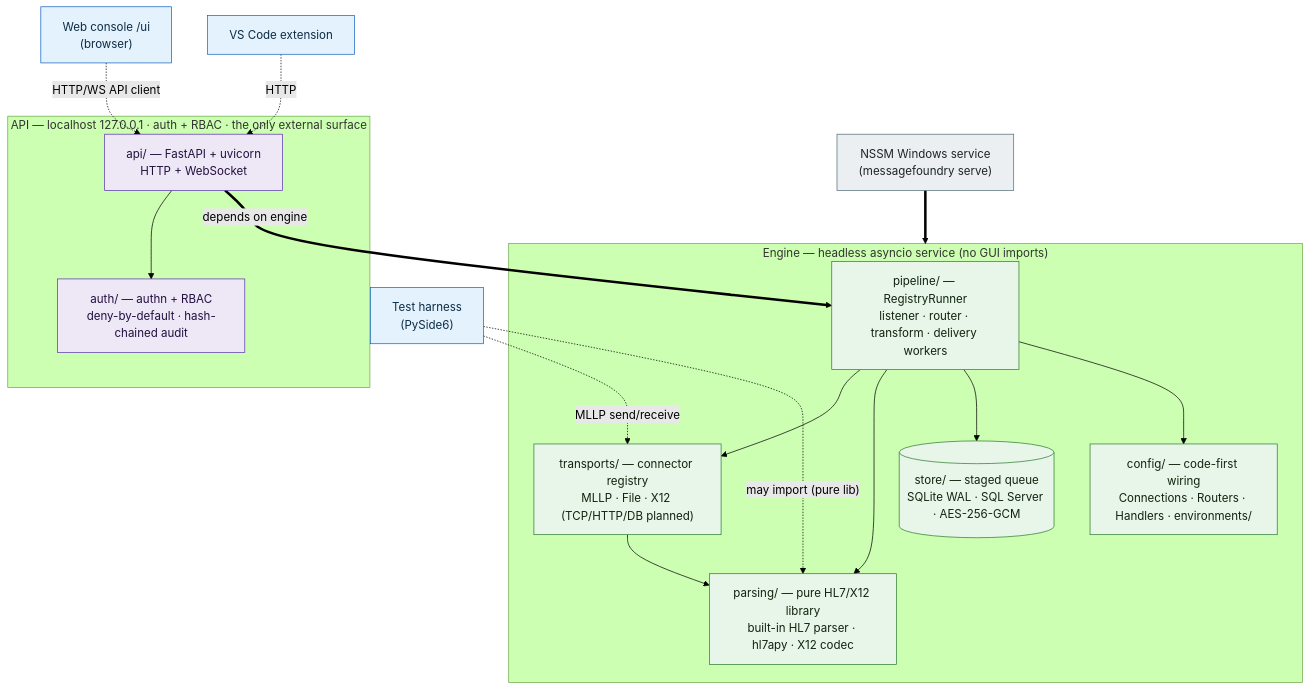
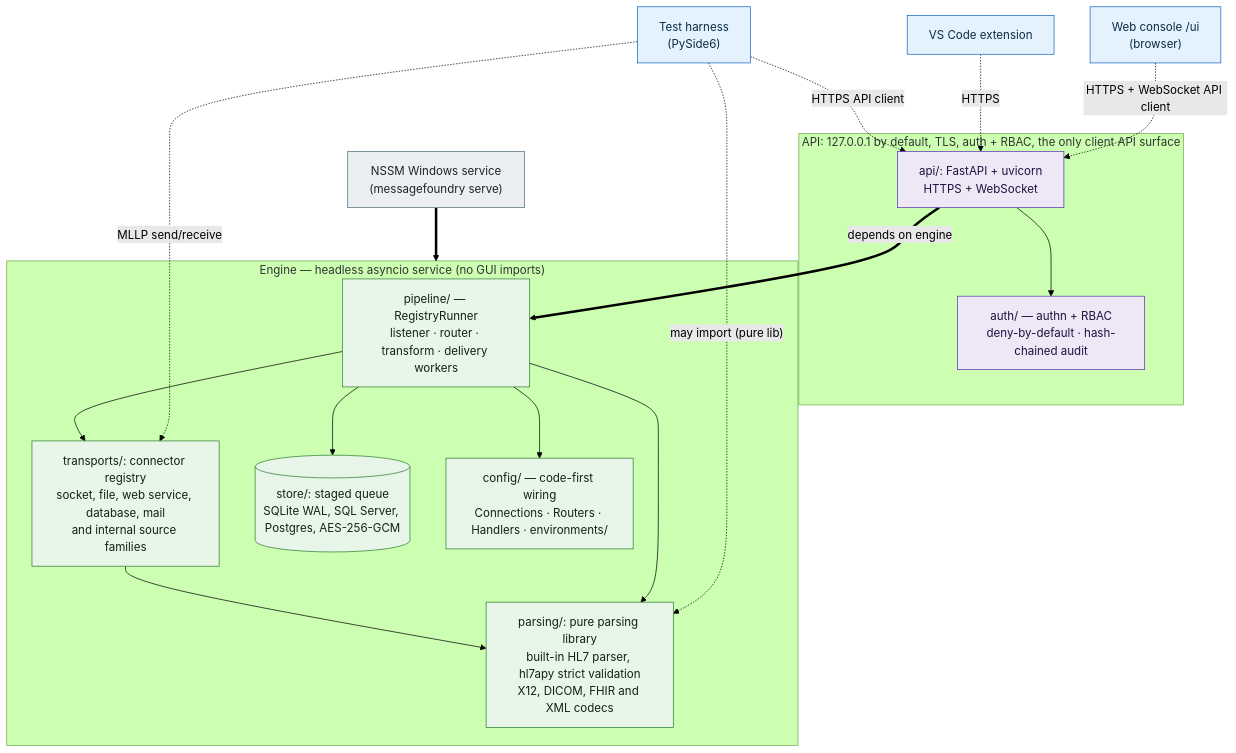
The second of 7 diagrams in docs/architecture-diagram.md (MEFORORG/MessageFoundry), drawn with Mermaid (forest theme) before and after one commit. The commit also changed other lines of this file and 12 other files, not shown here.

First line of the commit message:
docs: architecture diagrams get one home each, checked labels, a drift test, and two lifecycle diagrams (architecture diagrams, batch A; rows pending) (#1917)

````diff
--- a/docs/architecture-diagram.md
+++ b/docs/architecture-diagram.md
@@ -128,42 +177,43 @@
 ```mermaid
 flowchart TB
   classDef client fill:#e3f2fd,stroke:#1565c0,color:#0d2b45;
   classDef api fill:#ede7f6,stroke:#5e35b1,color:#22103f;
   classDef engine fill:#e8f5e9,stroke:#2e7d32,color:#10240f;
   classDef deploy fill:#eceff1,stroke:#546e7a,color:#1c2429;
 
   CON["Web console /ui<br/>(browser)"]:::client
   IDE["VS Code extension"]:::client
   HARNESS["Test harness<br/>(PySide6)"]:::client
 
-  subgraph API_BND["API — localhost 127.0.0.1 · auth + RBAC · the only external surface"]
-    API["api/ — FastAPI + uvicorn<br/>HTTP + WebSocket"]:::api
+  subgraph API_BND["API: 127.0.0.1 by default, TLS, auth + RBAC, the only client API surface"]
+    API["api/: FastAPI + uvicorn<br/>HTTPS + WebSocket"]:::api
     AUTH["auth/ — authn + RBAC<br/>deny-by-default · hash-chained audit"]:::api
   end
 
   subgraph ENGINE["Engine — headless asyncio service (no GUI imports)"]
     PIPE["pipeline/ — RegistryRunner<br/>listener · router · transform · delivery workers"]:::engine
-    TRANS["transports/ — connector registry<br/>MLLP · File · X12 (TCP/HTTP/DB planned)"]:::engine
-    PARSE["parsing/ — pure HL7/X12 library<br/>built-in HL7 parser · hl7apy · X12 codec"]:::engine
-    STORE[("store/ — staged queue<br/>SQLite WAL · SQL Server · AES-256-GCM")]:::engine
+    TRANS["transports/: connector registry<br/>socket, file, web service, database, mail<br/>and internal source families"]:::engine
+    PARSE["parsing/: pure parsing library<br/>built-in HL7 parser, hl7apy strict validation<br/>X12, DICOM, FHIR and XML codecs"]:::engine
+    STORE[("store/: staged queue<br/>SQLite WAL, SQL Server, Postgres, AES-256-GCM")]:::engine
     CFG["config/ — code-first wiring<br/>Connections · Routers · Handlers · environments/"]:::engine
   end
 
   NSSM["NSSM Windows service<br/>(messagefoundry serve)"]:::deploy
 
-  CON -.->|"HTTP/WS API client"| API
-  IDE -.->|"HTTP"| API
+  CON -.->|"HTTPS + WebSocket API client"| API
+  IDE -.->|"HTTPS"| API
+  HARNESS -.->|"HTTPS API client"| API
   HARNESS -.->|"MLLP send/receive"| TRANS
   HARNESS -.->|"may import (pure lib)"| PARSE
 
   API --> AUTH
   API ==>|"depends on engine"| PIPE
 
   PIPE --> TRANS
   PIPE --> PARSE
   PIPE --> STORE
   PIPE --> CFG
   TRANS --> PARSE
 
   NSSM ==> ENGINE
 ```
````
